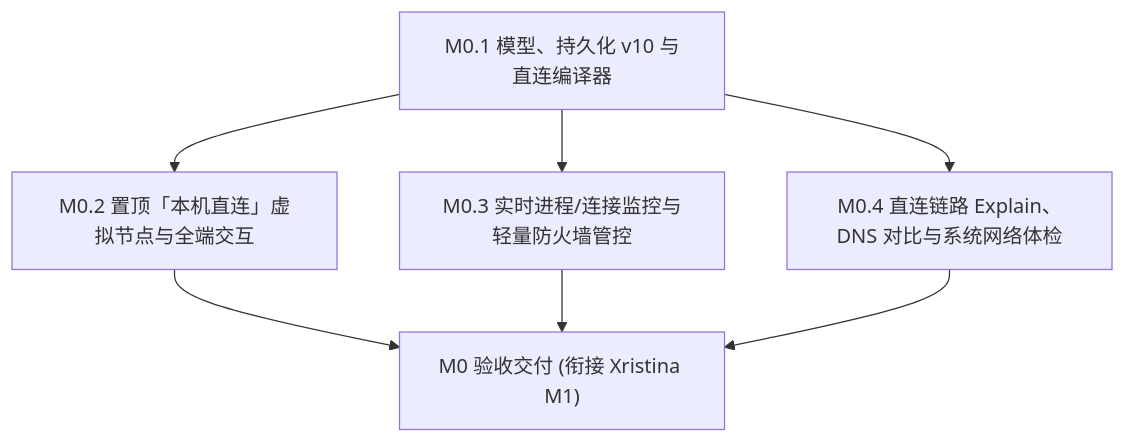
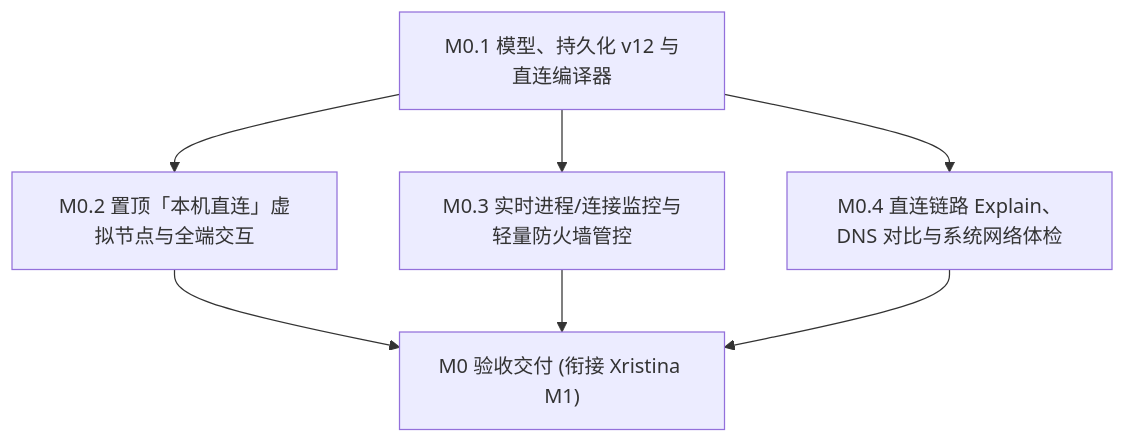
Before and after one commit to zuoxinyu/xrose: the second of 2 diagrams in docs/MILESTONE.M0.DIRECT-AS-FIRST-CLASS.md, drawn with Mermaid. The commit also changed other lines of this file and 7 other files, not shown here.

````diff
--- a/docs/MILESTONE.M0.DIRECT-AS-FIRST-CLASS.md
+++ b/docs/MILESTONE.M0.DIRECT-AS-FIRST-CLASS.md
@@ -35,9 +38,9 @@
 ```mermaid
 flowchart TD
-    P1["M0.1 模型、持久化 v10 与直连编译器"] --> P2["M0.2 置顶「本机直连」虚拟节点与全端交互"]
+    P1["M0.1 模型、持久化 v12 与直连编译器"] --> P2["M0.2 置顶「本机直连」虚拟节点与全端交互"]
     P1 --> P3["M0.3 实时进程/连接监控与轻量防火墙管控"]
     P1 --> P4["M0.4 直连链路 Explain、DNS 对比与系统网络体检"]
     P2 --> DONE["M0 验收交付 (衔接 Xristina M1)"]
     P3 --> DONE
     P4 --> DONE
 ```
````
